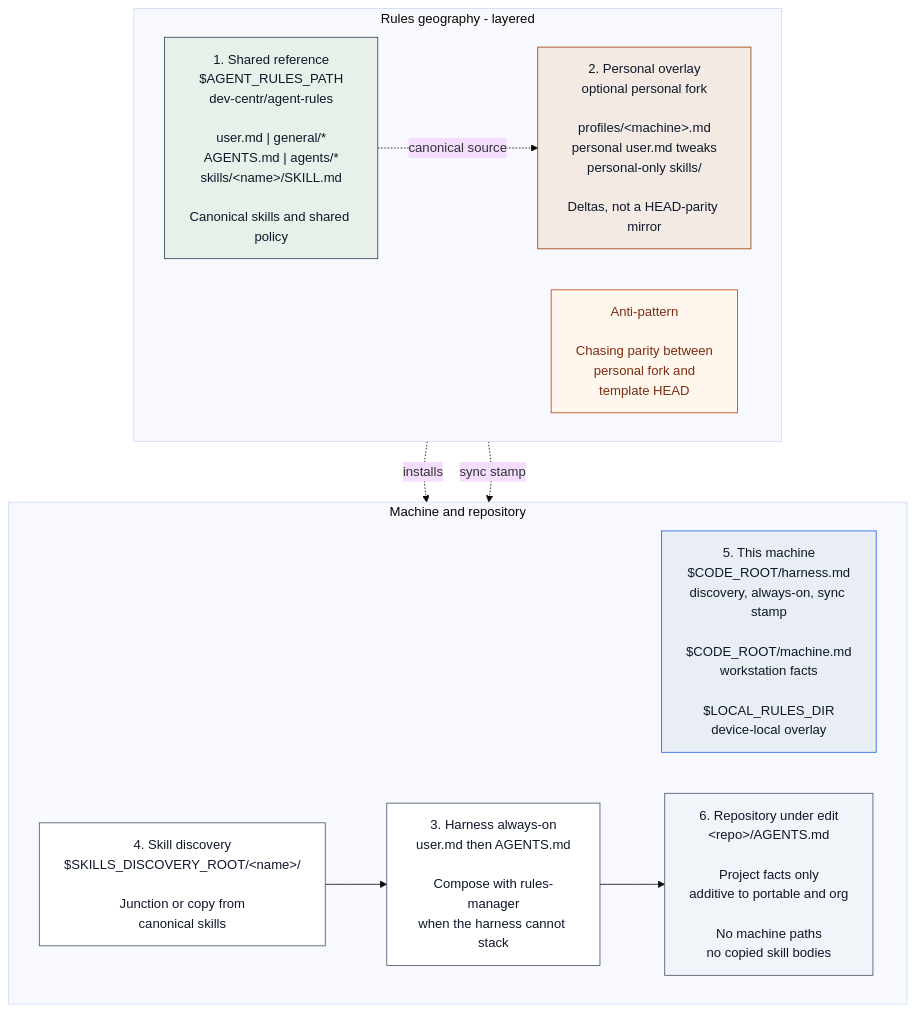
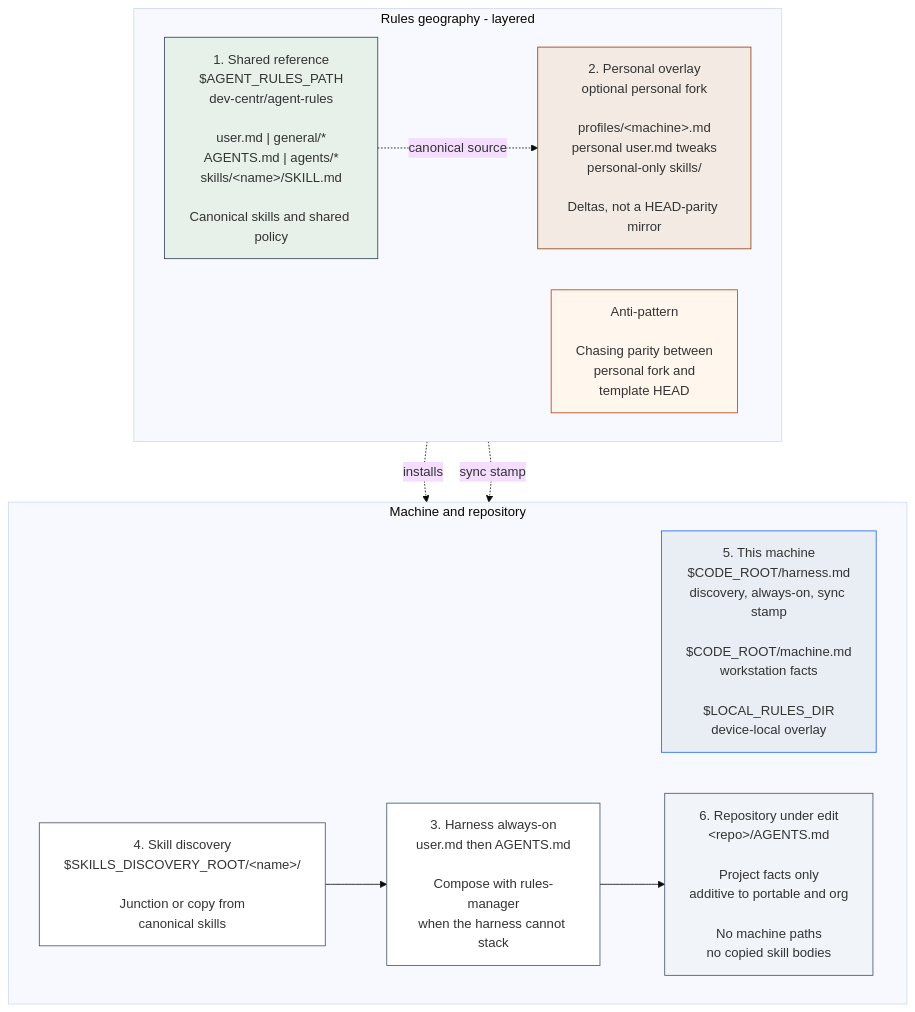
One commit to dev-centr/agent-rules changed the diagram in docs/modules/ROOT/images/rules-geography.mmd. Above: the diagram before and after it, drawn with Mermaid (base theme). The commit also changed 2 other files, not shown here.

Commit message:
Let the rules diagram inherit themed text.

```diff
--- a/docs/modules/ROOT/images/rules-geography.mmd
+++ b/docs/modules/ROOT/images/rules-geography.mmd
@@ -1,37 +1,37 @@
 flowchart TB
   accTitle: Rules geography - layered agent rules
   accDescr: The shared reference clone provides canonical skills and policy to personal overlays, machine-local harness configuration, skill discovery, harness always-on rules, and each repository's additive AGENTS.md.
 
   subgraph TOP["Rules geography - layered"]
     direction LR
     SHARED["1. Shared reference<br/>$AGENT_RULES_PATH<br/>dev-centr/agent-rules<br/><br/>user.md | general/*<br/>AGENTS.md | agents/*<br/>skills/&lt;name&gt;/SKILL.md<br/><br/>Canonical skills and shared policy"]
     PERSONAL["2. Personal overlay<br/>optional personal fork<br/><br/>profiles/&lt;machine&gt;.md<br/>personal user.md tweaks<br/>personal-only skills/<br/><br/>Deltas, not a HEAD-parity mirror"]
     ANTI["Anti-pattern<br/><br/>Chasing parity between<br/>personal fork and<br/>template HEAD"]
   end
 
   subgraph BOTTOM["Machine and repository"]
     direction LR
     MACHINE["5. This machine<br/>$CODE_ROOT/harness.md<br/>discovery, always-on, sync stamp<br/><br/>$CODE_ROOT/machine.md<br/>workstation facts<br/><br/>$LOCAL_RULES_DIR<br/>device-local overlay"]
     DISCOVERY["4. Skill discovery<br/>$SKILLS_DISCOVERY_ROOT/&lt;name&gt;/<br/><br/>Junction or copy from<br/>canonical skills"]
     ALWAYS["3. Harness always-on<br/>user.md then AGENTS.md<br/><br/>Compose with rules-manager<br/>when the harness cannot stack"]
     PROJECT["6. Repository under edit<br/>&lt;repo&gt;/AGENTS.md<br/><br/>Project facts only<br/>additive to portable and org<br/><br/>No machine paths<br/>no copied skill bodies"]
   end
 
   SHARED -. canonical source .-> PERSONAL
   SHARED -. installs .-> DISCOVERY
   SHARED -. sync stamp .-> MACHINE
   DISCOVERY --> ALWAYS
   ALWAYS --> PROJECT
 
-  classDef shared fill:#e8f0ea,stroke:#334155,color:#0f172a
-  classDef personal fill:#f3ebe3,stroke:#92400e,color:#0f172a
-  classDef warning fill:#fff7ed,stroke:#c2410c,color:#7c2d12
-  classDef machine fill:#e8eef4,stroke:#2563eb,color:#0f172a
-  classDef neutral fill:#ffffff,stroke:#475569,color:#0f172a
-  classDef project fill:#f1f5f9,stroke:#475569,color:#0f172a
+  classDef shared fill:#e8f0ea,stroke:#334155
+  classDef personal fill:#f3ebe3,stroke:#92400e
+  classDef warning fill:#fff7ed,stroke:#c2410c
+  classDef machine fill:#e8eef4,stroke:#2563eb
+  classDef neutral fill:#ffffff,stroke:#475569
+  classDef project fill:#f1f5f9,stroke:#475569
   class SHARED shared
   class PERSONAL personal
   class ANTI warning
   class MACHINE machine
   class DISCOVERY,ALWAYS neutral
   class PROJECT project
```
